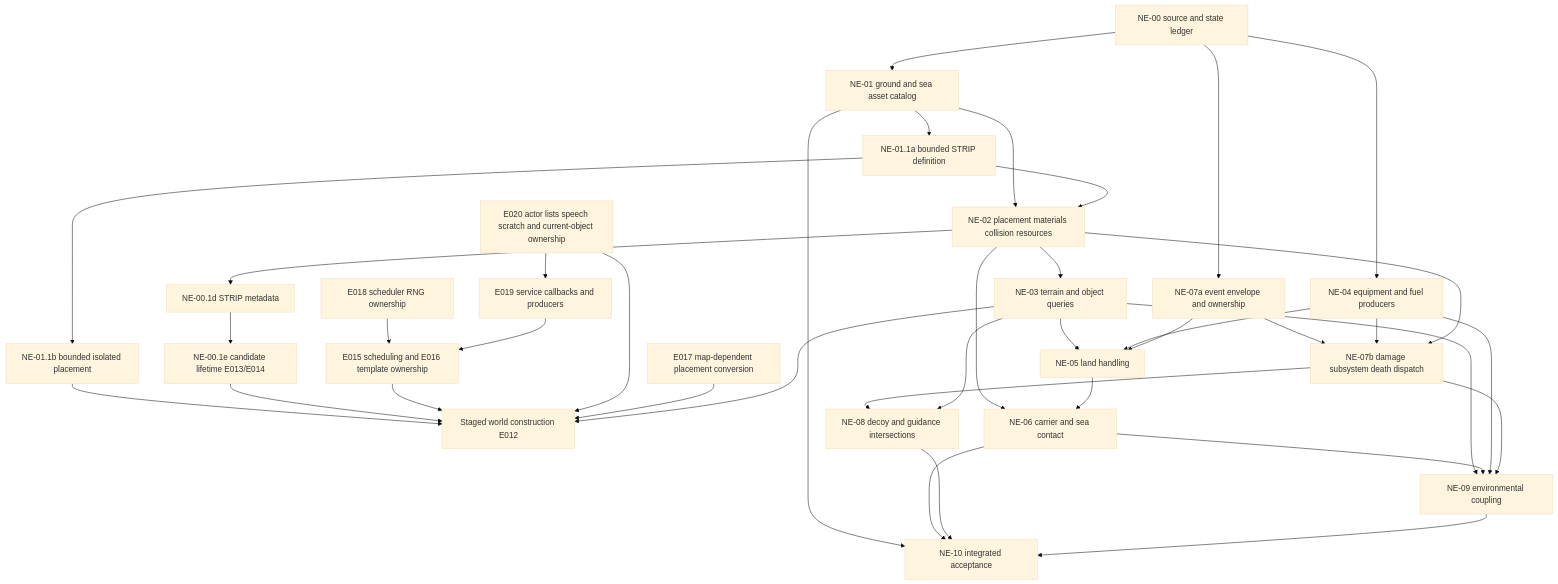
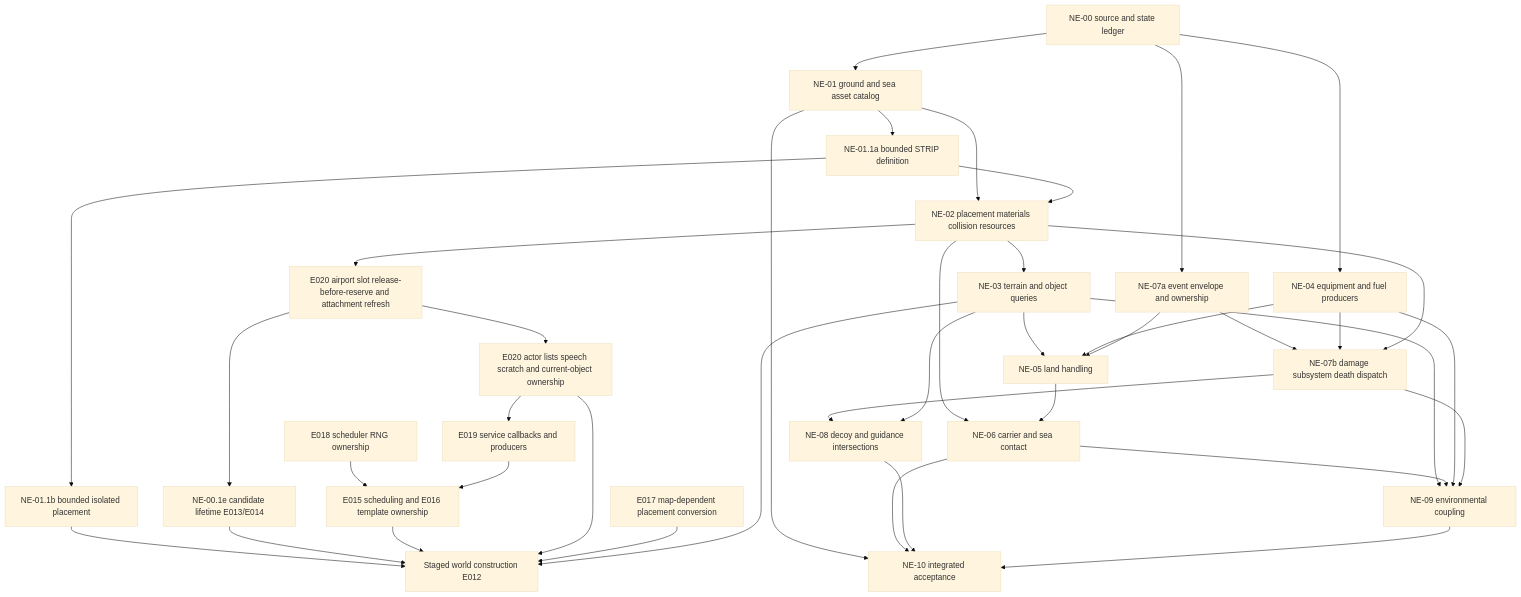
One commit to john-overton/T.O.R.E-Fighters changed the diagram in docs/native-environment-systems-plan.md. Above: the diagram before and after it, drawn with Mermaid (base theme). The commit also changed other lines of this file and 4 other files, not shown here.

Commit message:
Recover airport slot and attachment ownership contracts

````diff
--- a/docs/native-environment-systems-plan.md
+++ b/docs/native-environment-systems-plan.md
@@ -170,40 +171,41 @@
 ```mermaid
 flowchart TD
   A[NE-00 source and state ledger] --> B[NE-01 ground and sea asset catalog]
   B --> C[NE-02 placement materials collision resources]
   B --> O[NE-01.1a bounded STRIP definition]
   O --> Q[NE-01.1b bounded isolated placement]
   Q --> W
   O --> C
   C --> S[NE-00.1d STRIP metadata]
   S --> R[NE-00.1e candidate lifetime E013/E014]
   R --> W[Staged world construction E012]
   T[E015 scheduling and E016 template ownership] --> W
   U[E018 scheduler RNG ownership] --> T
   P[E019 service callbacks and producers] --> T
   Y[E020 actor lists speech scratch and current-object ownership] --> P
   Y --> W
+  S[E020 airport slot release-before-reserve and attachment refresh] --> Y
   V[E017 map-dependent placement conversion] --> W
   F --> W
   A --> D[NE-04 equipment and fuel producers]
   A --> E[NE-07a event envelope and ownership]
   C --> F[NE-03 terrain and object queries]
   F --> G[NE-05 land handling]
   D --> G
   E --> G
   C --> H[NE-06 carrier and sea contact]
   G --> H
   E --> I[NE-07b damage subsystem death dispatch]
   D --> I
   C --> I
   I --> J[NE-08 decoy and guidance intersections]
   F --> J
   F --> K[NE-09 environmental coupling]
   H --> K
   D --> K
   I --> K
   B --> L[NE-10 integrated acceptance]
   H --> L
   J --> L
   K --> L
 ```
````
